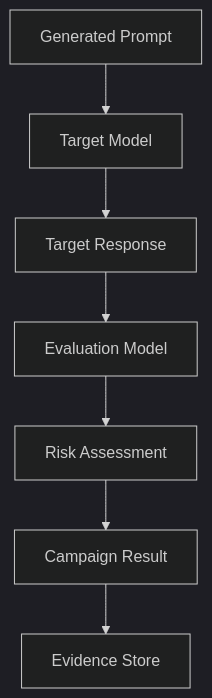
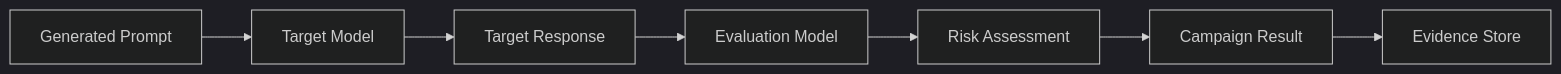
Before and after one commit to imshreyaskn/valerie: the second of 6 diagrams in README.md, drawn with Mermaid (dark theme). The commit also changed other lines of this file, not shown here.

````diff
--- a/README.md
+++ b/README.md
@@ -119,9 +99,9 @@
 ```mermaid
-flowchart TD
+flowchart LR
     A[Generated Prompt] --> B[Target Model]
     B --> C[Target Response]
     C --> D[Evaluation Model]
     D --> E[Risk Assessment]
     E --> F[Campaign Result]
     F --> G[Evidence Store]
 ```
````
